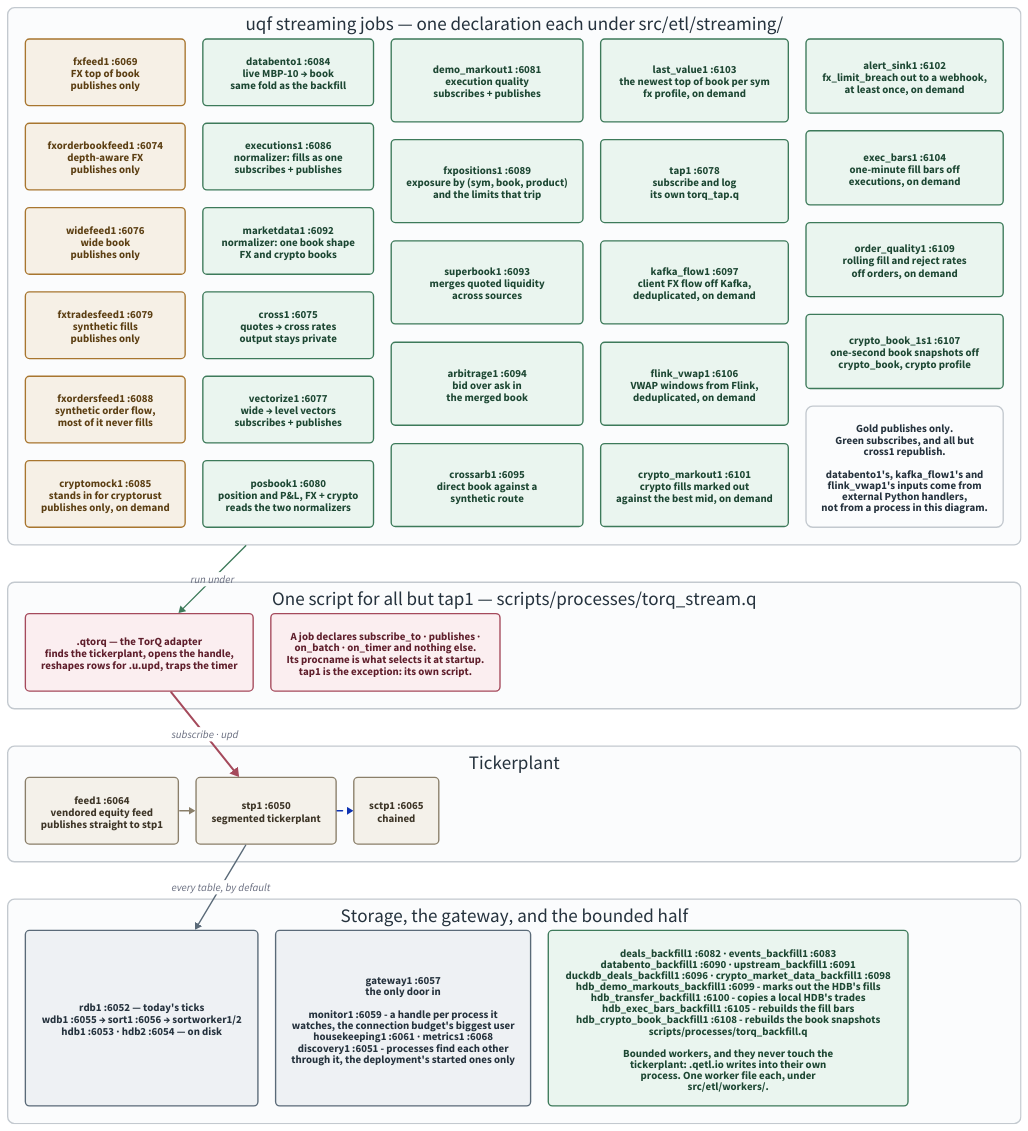
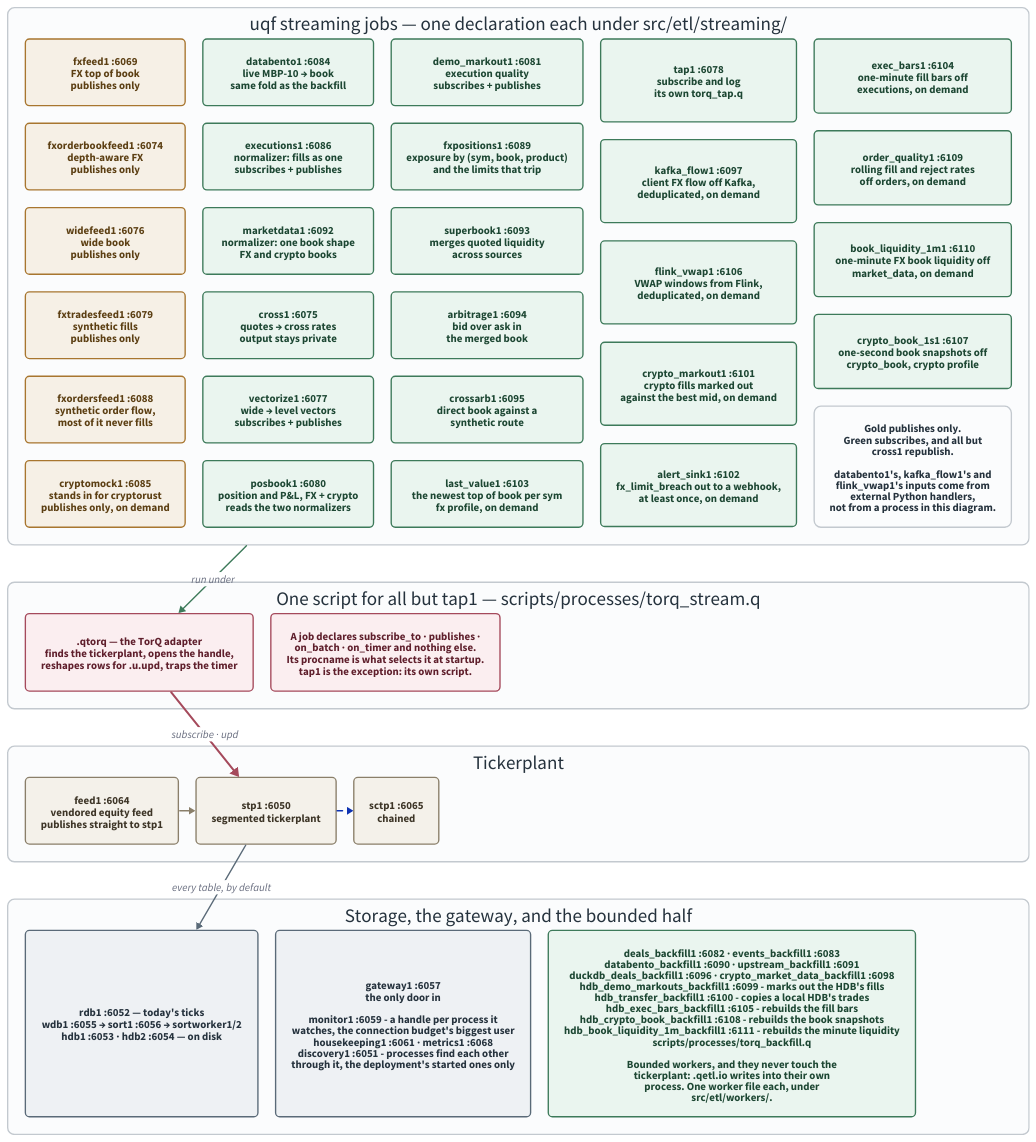
One commit to kwojdalski/uqf changed the diagram in docs/diagrams/stack-topology.d2. Above: the diagram before and after it, drawn with D2. The commit also changed 28 other files, not shown here.

First line of the commit message:
Add the one-minute book liquidity job and its backfill twin

```diff
--- a/docs/diagrams/stack-topology.d2
+++ b/docs/diagrams/stack-topology.d2
@@ -1,175 +1,176 @@
 # stack-topology.d2 - who connects to whom over IPC in the running stack.
 #
 # Rendered by scripts/generate/render_diagrams.py, which CI runs with
 # --check. Embedded from docs/architecture/stack.md.
 #
 # Ports are the defaults at base 6050; every one is {KDBBASEPORT}+offset, so
 # a different base shifts them all together. The authority for the offsets
 # is docs/reference/processes.md, which is GENERATED from the
 # pipeline registry - if this diagram and that table disagree, the table is
 # right.
 # scripts/gates/check_diagram_ports.py fails the build when any `name :port`
 # label here disagrees with that authority (#1369).
 #
 # WHAT THIS SHOWS THAT THE MERMAID VERSION DID NOT (#245).
 #
 # Every uqf streaming process but tap1 runs the SAME script. Since #204 a
 # streaming job is a declaration under src/etl/streaming/ and
 # processes/torq_stream.q is the one runner; which job a process runs is
 # decided by its procname at startup. The old diagram drew a script per
 # process, which is what the stack looked like before .qetl.job.stream and is the
 # single most misleading thing about it.
 #
 # The two connection patterns are still real and still different - publish
 # only, versus an access-listed subscribe - but a job performs neither
 # itself now. .qtorq does both on its behalf, which is why the adapter is
 # drawn between the processes and the tickerplant rather than left out.
 #
 # Backfills are on here too, and were not before. They are the other half
 # of the ETL tree and they reach the tickerplant NOT AT ALL: a bounded
 # worker writes through .qetl.io into its own process, so its rows never
 # traverse stp1. Drawing them beside the streaming jobs is the point - the
 # two halves look alike in the code and take completely different paths to
 # storage.
 
 direction: down
 
 grid-rows: 4
 grid-gap: 55
 
 vars: {
   d2-config: {
     pad: 40
   }
 }
 
 # Same palette as repo-overview.d2, so the set reads as one system: light
 # fills with dark text in both themes rather than a --dark-theme pairing,
 # which d2 still applies explicit styles over (d2lang/d2#831).
 classes: {
   feed: {
     style: {
       fill: "#f6f0e6"
       stroke: "#a8762f"
       font-color: "#5c3f13"
       border-radius: 6
     }
   }
   job: {
     style: {
       fill: "#eaf5ef"
       stroke: "#3d7a5a"
       font-color: "#1d4733"
       border-radius: 6
     }
   }
   adapter: {
     style: {
       fill: "#fbeef0"
       stroke: "#a54a5c"
       font-color: "#5f1f2c"
       border-radius: 6
     }
   }
   store: {
     style: {
       fill: "#eef1f4"
       stroke: "#5a6a78"
       font-color: "#25323d"
       border-radius: 6
     }
   }
   vendored: {
     style: {
       fill: "#f4f1ea"
       stroke: "#8a7f6a"
       font-color: "#3d3527"
       border-radius: 6
     }
   }
   band: {
     style: {
       fill: "#fbfcfd"
       stroke: "#c3c9cf"
       font-color: "#25323d"
       stroke-width: 2
       border-radius: 10
     }
   }
 }
 
 jobs: "uqf streaming jobs — one declaration each under src/etl/streaming/" {
   class: band
   grid-columns: 5
   grid-gap: 26
 
   fxfeed1: "fxfeed1 :6069\nFX top of book\npublishes only" { class: feed }
   fxorderbookfeed1: "fxorderbookfeed1 :6074\ndepth-aware FX\npublishes only" { class: feed }
   widefeed1: "widefeed1 :6076\nwide book\npublishes only" { class: feed }
   fxtradesfeed1: "fxtradesfeed1 :6079\nsynthetic fills\npublishes only" { class: feed }
   fxordersfeed1: "fxordersfeed1 :6088\nsynthetic order flow,\nmost of it never fills" { class: feed }
 
   cryptomock1: "cryptomock1 :6085\nstands in for cryptorust\npublishes only, on demand" { class: feed }
   databento1: "databento1 :6084\nlive MBP-10 → book\nsame fold as the backfill" { class: job }
   executions1: "executions1 :6086\nnormalizer: fills as one\nsubscribes + publishes" { class: job }
   marketdata1: "marketdata1 :6092\nnormalizer: one book shape\nFX and crypto books" { class: job }
 
   cross1: "cross1 :6075\nquotes → cross rates\noutput stays private" { class: job }
   vectorize1: "vectorize1 :6077\nwide → level vectors\nsubscribes + publishes" { class: job }
   posbook1: "posbook1 :6080\nposition and P&L, FX + crypto\nreads the two normalizers" { class: job }
   demo_markout1: "demo_markout1 :6081\nexecution quality\nsubscribes + publishes" { class: job }
   fxpositions1: "fxpositions1 :6089\nexposure by (sym, book, product)\nand the limits that trip" { class: job }
 
   superbook1: "superbook1 :6093\nmerges quoted liquidity\nacross sources" { class: job }
   arbitrage1: "arbitrage1 :6094\nbid over ask in\nthe merged book" { class: job }
   crossarb1: "crossarb1 :6095\ndirect book against a\nsynthetic route" { class: job }
   last_value1: "last_value1 :6103\nthe newest top of book per sym\nfx profile, on demand" { class: job }
   tap1: "tap1 :6078\nsubscribe and log\nits own torq_tap.q" { class: job }
   kafka_flow1: "kafka_flow1 :6097\nclient FX flow off Kafka,\ndeduplicated, on demand" { class: job }
   flink_vwap1: "flink_vwap1 :6106\nVWAP windows from Flink,\ndeduplicated, on demand" { class: job }
   crypto_markout1: "crypto_markout1 :6101\ncrypto fills marked out\nagainst the best mid, on demand" { class: job }
   alert_sink1: "alert_sink1 :6102\nfx_limit_breach out to a webhook,\nat least once, on demand" { class: job }
   exec_bars1: "exec_bars1 :6104\none-minute fill bars off\nexecutions, on demand" { class: job }
   order_quality1: "order_quality1 :6109\nrolling fill and reject rates\noff orders, on demand" { class: job }
+  book_liquidity_1m1: "book_liquidity_1m1 :6110\none-minute FX book liquidity off\nmarket_data, on demand" { class: job }
   crypto_book_1s1: "crypto_book_1s1 :6107\none-second book snapshots off\ncrypto_book, crypto profile" { class: job }
   legend: "Gold publishes only.\nGreen subscribes, and all but\ncross1 republish.\n\ndatabento1's, kafka_flow1's and\nflink_vwap1's inputs come from\nexternal Python handlers,\nnot from a process in this diagram." { class: band }
 }
 
 runner: "One script for all but tap1 — scripts/processes/torq_stream.q" {
   class: band
   grid-columns: 2
   grid-gap: 26
 
   qtorq: ".qtorq — the TorQ adapter\nfinds the tickerplant, opens the handle,\nreshapes rows for .u.upd, traps the timer" { class: adapter }
   note: "A job declares subscribe_to · publishes ·\non_batch · on_timer and nothing else.\nIts procname is what selects it at startup.\ntap1 is the exception: its own script." { class: adapter }
 }
 
 tp: "Tickerplant" {
   class: band
   grid-columns: 3
   grid-gap: 26
 
   feed1: "feed1 :6064\nvendored equity feed\npublishes straight to stp1" { class: vendored }
   stp: "stp1 :6050\nsegmented tickerplant" { class: vendored }
   sctp: "sctp1 :6065\nchained" { class: vendored }
 
   feed1 -> stp { style.stroke: "#8a7f6a" }
   stp -> sctp { style.stroke-dash: 4 }
 }
 
 downstream: "Storage, the gateway, and the bounded half" {
   class: band
   grid-columns: 3
   grid-gap: 26
 
   storage: "rdb1 :6052 — today's ticks\nwdb1 :6055 → sort1 :6056 → sortworker1/2\nhdb1 :6053 · hdb2 :6054 — on disk" { class: store }
   gw: "gateway1 :6057\nthe only door in\n\nmonitor1 :6059 - a handle per process it\nwatches, the connection budget's biggest user\nhousekeeping1 :6061 · metrics1 :6068\ndiscovery1 :6051 - processes find each other\nthrough it, the deployment's started ones only" { class: store }
-  backfills: "deals_backfill1 :6082 · events_backfill1 :6083\ndatabento_backfill1 :6090 · upstream_backfill1 :6091\nduckdb_deals_backfill1 :6096 · crypto_market_data_backfill1 :6098\nhdb_demo_markouts_backfill1 :6099 - marks out the HDB's fills\nhdb_transfer_backfill1 :6100 - copies a local HDB's trades\nhdb_exec_bars_backfill1 :6105 - rebuilds the fill bars\nhdb_crypto_book_backfill1 :6108 - rebuilds the book snapshots\nscripts/processes/torq_backfill.q\n\nBounded workers, and they never touch the\ntickerplant: .qetl.io writes into their own\nprocess. One worker file each, under\nsrc/etl/workers/." { class: job }
+  backfills: "deals_backfill1 :6082 · events_backfill1 :6083\ndatabento_backfill1 :6090 · upstream_backfill1 :6091\nduckdb_deals_backfill1 :6096 · crypto_market_data_backfill1 :6098\nhdb_demo_markouts_backfill1 :6099 - marks out the HDB's fills\nhdb_transfer_backfill1 :6100 - copies a local HDB's trades\nhdb_exec_bars_backfill1 :6105 - rebuilds the fill bars\nhdb_crypto_book_backfill1 :6108 - rebuilds the book snapshots\nhdb_book_liquidity_1m_backfill1 :6111 - rebuilds the minute liquidity\nscripts/processes/torq_backfill.q\n\nBounded workers, and they never touch the\ntickerplant: .qetl.io writes into their own\nprocess. One worker file each, under\nsrc/etl/workers/." { class: job }
 }
 
 jobs -> runner.qtorq: "run under" { style.stroke: "#3d7a5a" }
 runner.qtorq -> tp.stp: "subscribe · upd" {
   style.stroke: "#a54a5c"
   style.stroke-width: 3
 }
 tp.stp -> downstream.storage: "every table, by default" { style.stroke: "#5a6a78" }
```
